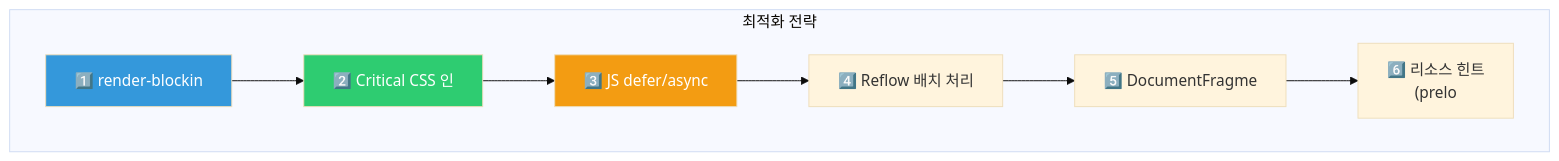
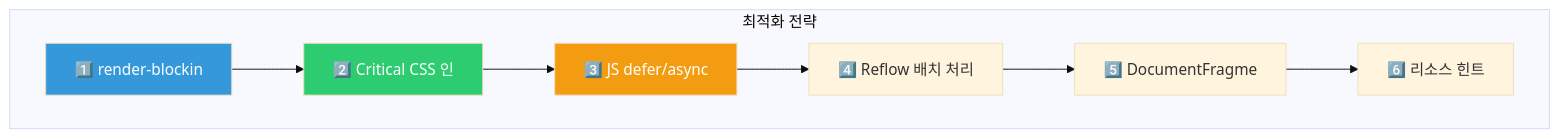
The seventh of 8 diagrams in _posts/frontend/2026-05-01-browser-rendering.md (yjkim2015/yjkim2015.github.io), drawn with Mermaid (base theme) before and after one commit. The commit also changed other lines of this file and 217 other files, not shown here.

First line of the commit message:
Mermaid 크기 수정: useMaxWidth:true + SVG max-width:100% + 라벨 축소

````diff
--- a/_posts/frontend/2026-05-01-browser-rendering.md
+++ b/_posts/frontend/2026-05-01-browser-rendering.md
@@ -332,15 +332,15 @@
 ```mermaid
 flowchart TD
     subgraph "최적화 전략"
         A["1️⃣ render-blockin"]
         B["2️⃣ Critical CSS 인"]
         C["3️⃣ JS defer/async"]
-        D["4️⃣ Reflow 배치 처리\n"]
+        D["4️⃣ Reflow 배치 처리"]
         E["5️⃣ DocumentFragme"]
-        F["6️⃣ 리소스 힌트\n(prelo"]
+        F["6️⃣ 리소스 힌트"]
     end
     A --> B --> C --> D --> E --> F
     style A fill:#3498db,color:#fff
     style B fill:#2ecc71,color:#fff
     style C fill:#f39c12,color:#fff
 ```
````
